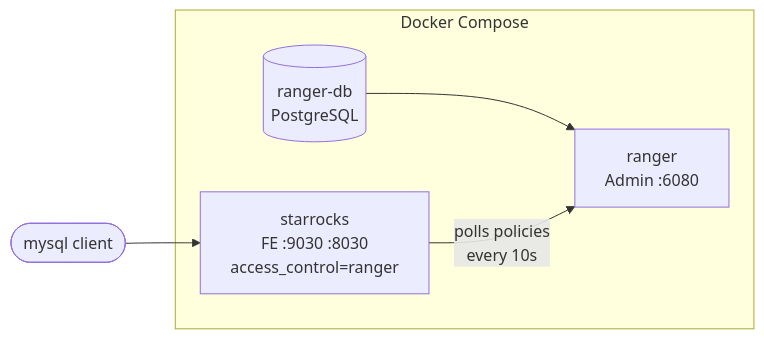
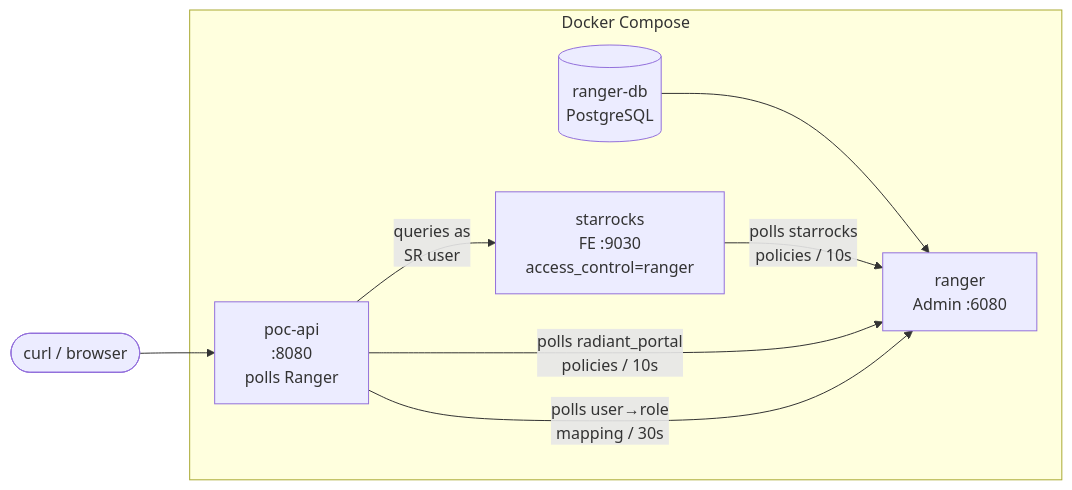
One commit to radiant-network/radiant-portal changed the first of 3 diagrams in docs/adr/ranger-poc/README.md. Above: the diagram before and after it, drawn with Mermaid. The commit also changed other lines of this file and 7 other files, not shown here.

Commit message:
docs(adr): SJRA-0000 add poc api with ranger portal service for action authz

````diff
--- a/docs/adr/ranger-poc/README.md
+++ b/docs/adr/ranger-poc/README.md
@@ -9,12 +9,16 @@
 ```mermaid
 graph LR
     subgraph Docker Compose
         RDB[(ranger-db<br/>PostgreSQL)]
         R[ranger<br/>Admin :6080]
-        SR[starrocks<br/>FE :9030 :8030<br/>access_control=ranger]
+        SR[starrocks<br/>FE :9030<br/>access_control=ranger]
+        API[poc-api<br/>:8080<br/>polls Ranger]
     end
 
     RDB --> R
-    SR -- "polls policies<br/>every 10s" --> R
-    User([mysql client]) --> SR
+    SR -- "polls starrocks<br/>policies / 10s" --> R
+    API -- "polls radiant_portal<br/>policies / 10s" --> R
+    API -- "polls user→role<br/>mapping / 30s" --> R
+    API -- "queries as<br/>SR user" --> SR
+    User([curl / browser]) --> API
 ```
````
